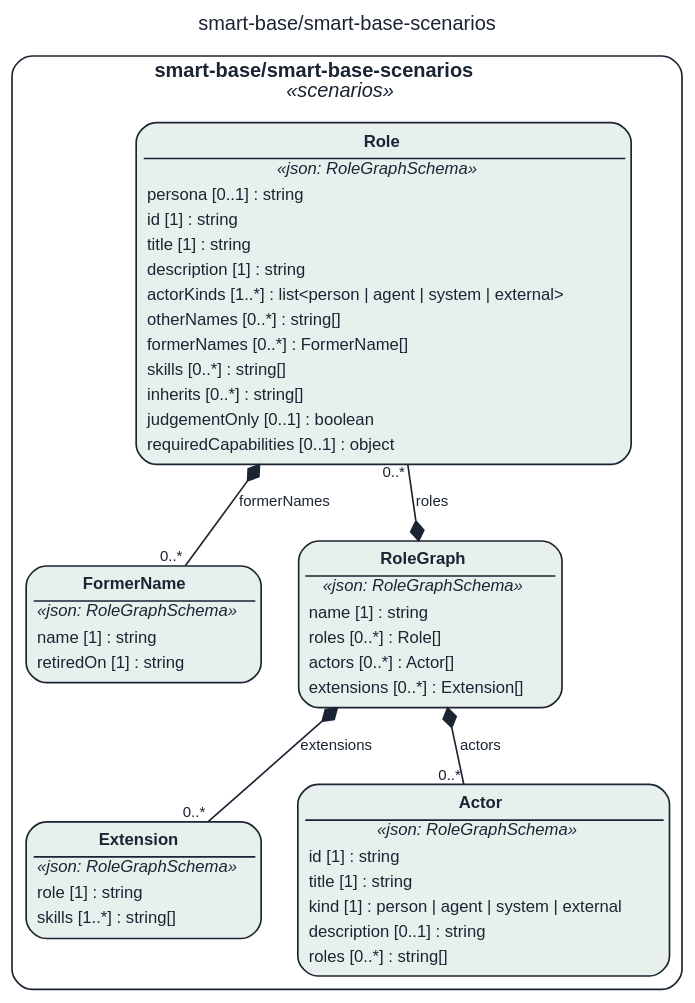
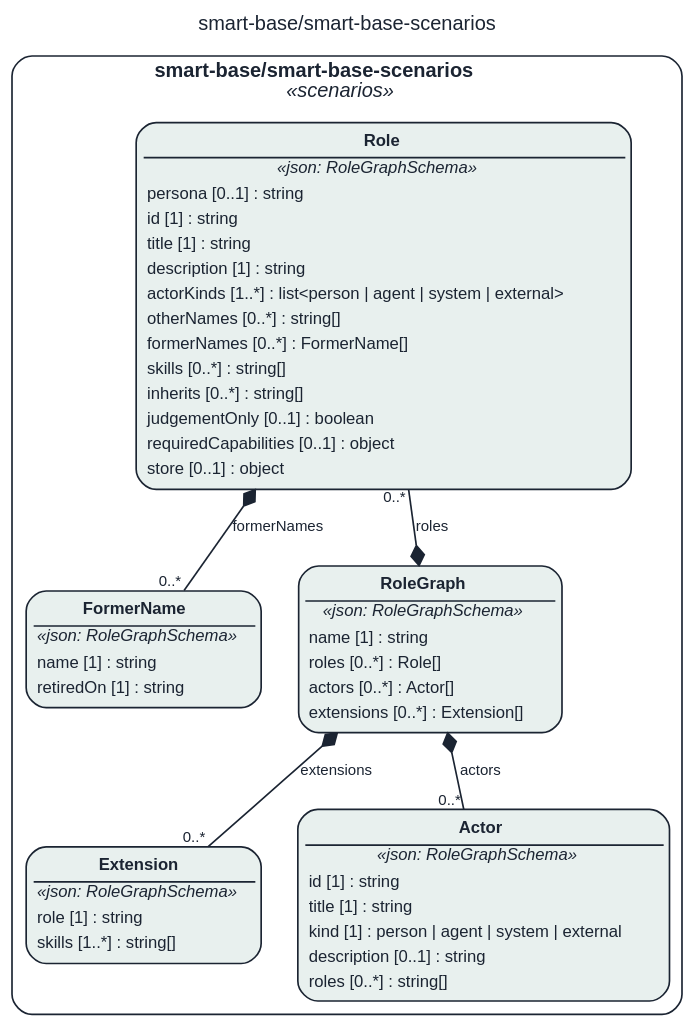
One commit to litlfred/folio-assistant changed the diagram in assets/img/uml/overview/smart-base/smart-base-scenarios.dot. Above: the diagram before and after it, drawn with Graphviz. The commit also changed 24139 other files, not shown here.

```diff
--- a/assets/img/uml/overview/smart-base/smart-base-scenarios.dot
+++ b/assets/img/uml/overview/smart-base/smart-base-scenarios.dot
@@ -1,21 +1,21 @@
 // GENERATED by cat-harness-tools/scripts/gen-uml-overview.ts — do not edit.
 // Rendered page (interactive view, same model): https://litlfred.github.io/folio-assistant/uml/overview/smart-base/smart-base-scenarios.html
 digraph "smart_base_smart_base_scenarios" {
   graph [label="smart-base/smart-base-scenarios", labelloc=t, fontname="Helvetica", fontsize=12, fontcolor="#1b2432", newrank=true, ratio=auto, nodesep=0.3, ranksep=0.5, bgcolor="transparent"];
   node [shape=box, style="rounded,filled", margin=0.05, fontname="Helvetica", fontsize=10, color="#1b2432", fontcolor="#1b2432"];
   edge [color="#1b2432", fontcolor="#1b2432", fontname="Helvetica", fontsize=9];
   subgraph "cluster_pkg_smart_base_smart_base_scenarios" {
     label=<<b>smart-base/smart-base-scenarios</b><br/><i>«scenarios»</i>>; style="rounded"; color="#1b2432"; class="fa_uml_subgraph";
     "smart_base_smart_base_scenarios_FormerName" [fillcolor="#e8f0ee", class="fa_uml_kind_scenarios", label=<<table border="0" cellborder="0" cellspacing="0" cellpadding="2"><tr><td border="1" sides="b"><b>FormerName</b></td></tr><tr><td><i>«json: RoleGraphSchema»</i></td></tr><tr><td align="left">name [1] : string</td></tr><tr><td align="left">retiredOn [1] : string</td></tr></table>>];
-    "smart_base_smart_base_scenarios_Role" [fillcolor="#e8f0ee", class="fa_uml_kind_scenarios", label=<<table border="0" cellborder="0" cellspacing="0" cellpadding="2"><tr><td border="1" sides="b"><b>Role</b></td></tr><tr><td><i>«json: RoleGraphSchema»</i></td></tr><tr><td align="left">persona [0..1] : string</td></tr><tr><td align="left">id [1] : string</td></tr><tr><td align="left">title [1] : string</td></tr><tr><td align="left">description [1] : string</td></tr><tr><td align="left">actorKinds [1..*] : list&lt;person | agent | system | external&gt;</td></tr><tr><td align="left">otherNames [0..*] : string[]</td></tr><tr><td align="left">formerNames [0..*] : FormerName[]</td></tr><tr><td align="left">skills [0..*] : string[]</td></tr><tr><td align="left">inherits [0..*] : string[]</td></tr><tr><td align="left">judgementOnly [0..1] : boolean</td></tr><tr><td align="left">requiredCapabilities [0..1] : object</td></tr></table>>];
+    "smart_base_smart_base_scenarios_Role" [fillcolor="#e8f0ee", class="fa_uml_kind_scenarios", label=<<table border="0" cellborder="0" cellspacing="0" cellpadding="2"><tr><td border="1" sides="b"><b>Role</b></td></tr><tr><td><i>«json: RoleGraphSchema»</i></td></tr><tr><td align="left">persona [0..1] : string</td></tr><tr><td align="left">id [1] : string</td></tr><tr><td align="left">title [1] : string</td></tr><tr><td align="left">description [1] : string</td></tr><tr><td align="left">actorKinds [1..*] : list&lt;person | agent | system | external&gt;</td></tr><tr><td align="left">otherNames [0..*] : string[]</td></tr><tr><td align="left">formerNames [0..*] : FormerName[]</td></tr><tr><td align="left">skills [0..*] : string[]</td></tr><tr><td align="left">inherits [0..*] : string[]</td></tr><tr><td align="left">judgementOnly [0..1] : boolean</td></tr><tr><td align="left">requiredCapabilities [0..1] : object</td></tr><tr><td align="left">store [0..1] : object</td></tr></table>>];
     "smart_base_smart_base_scenarios_Actor" [fillcolor="#e8f0ee", class="fa_uml_kind_scenarios", label=<<table border="0" cellborder="0" cellspacing="0" cellpadding="2"><tr><td border="1" sides="b"><b>Actor</b></td></tr><tr><td><i>«json: RoleGraphSchema»</i></td></tr><tr><td align="left">id [1] : string</td></tr><tr><td align="left">title [1] : string</td></tr><tr><td align="left">kind [1] : person | agent | system | external</td></tr><tr><td align="left">description [0..1] : string</td></tr><tr><td align="left">roles [0..*] : string[]</td></tr></table>>];
     "smart_base_smart_base_scenarios_Extension" [fillcolor="#e8f0ee", class="fa_uml_kind_scenarios", label=<<table border="0" cellborder="0" cellspacing="0" cellpadding="2"><tr><td border="1" sides="b"><b>Extension</b></td></tr><tr><td><i>«json: RoleGraphSchema»</i></td></tr><tr><td align="left">role [1] : string</td></tr><tr><td align="left">skills [1..*] : string[]</td></tr></table>>];
     "smart_base_smart_base_scenarios_RoleGraph" [fillcolor="#e8f0ee", class="fa_uml_kind_scenarios", label=<<table border="0" cellborder="0" cellspacing="0" cellpadding="2"><tr><td border="1" sides="b"><b>RoleGraph</b></td></tr><tr><td><i>«json: RoleGraphSchema»</i></td></tr><tr><td align="left">name [1] : string</td></tr><tr><td align="left">roles [0..*] : Role[]</td></tr><tr><td align="left">actors [0..*] : Actor[]</td></tr><tr><td align="left">extensions [0..*] : Extension[]</td></tr></table>>];
   }
   "smart_base_smart_base_scenarios_Role" -> "smart_base_smart_base_scenarios_FormerName" [dir=both, arrowtail=diamond, arrowhead=none, label="formerNames", headlabel="0..*", class="fa_uml_composition"];
   "smart_base_smart_base_scenarios_RoleGraph" -> "smart_base_smart_base_scenarios_Role" [dir=both, arrowtail=diamond, arrowhead=none, label="roles", headlabel="0..*", class="fa_uml_composition"];
   "smart_base_smart_base_scenarios_RoleGraph" -> "smart_base_smart_base_scenarios_Actor" [dir=both, arrowtail=diamond, arrowhead=none, label="actors", headlabel="0..*", class="fa_uml_composition"];
   "smart_base_smart_base_scenarios_RoleGraph" -> "smart_base_smart_base_scenarios_Extension" [dir=both, arrowtail=diamond, arrowhead=none, label="extensions", headlabel="0..*", class="fa_uml_composition"];
   "smart_base_smart_base_scenarios_FormerName" -> "smart_base_smart_base_scenarios_Extension" [style=invis, class="kg-graph-anchor"];
   "smart_base_smart_base_scenarios_Role" -> "smart_base_smart_base_scenarios_RoleGraph" [style=invis, class="kg-graph-anchor"];
 }
```
